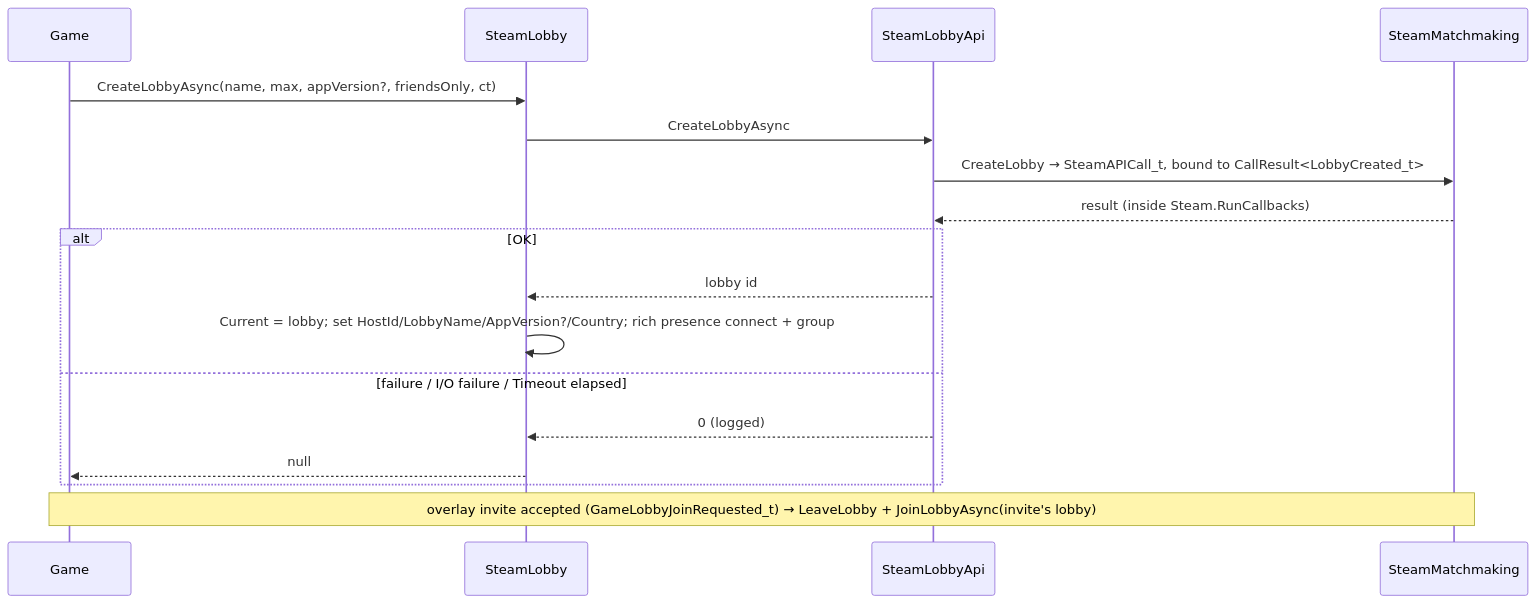
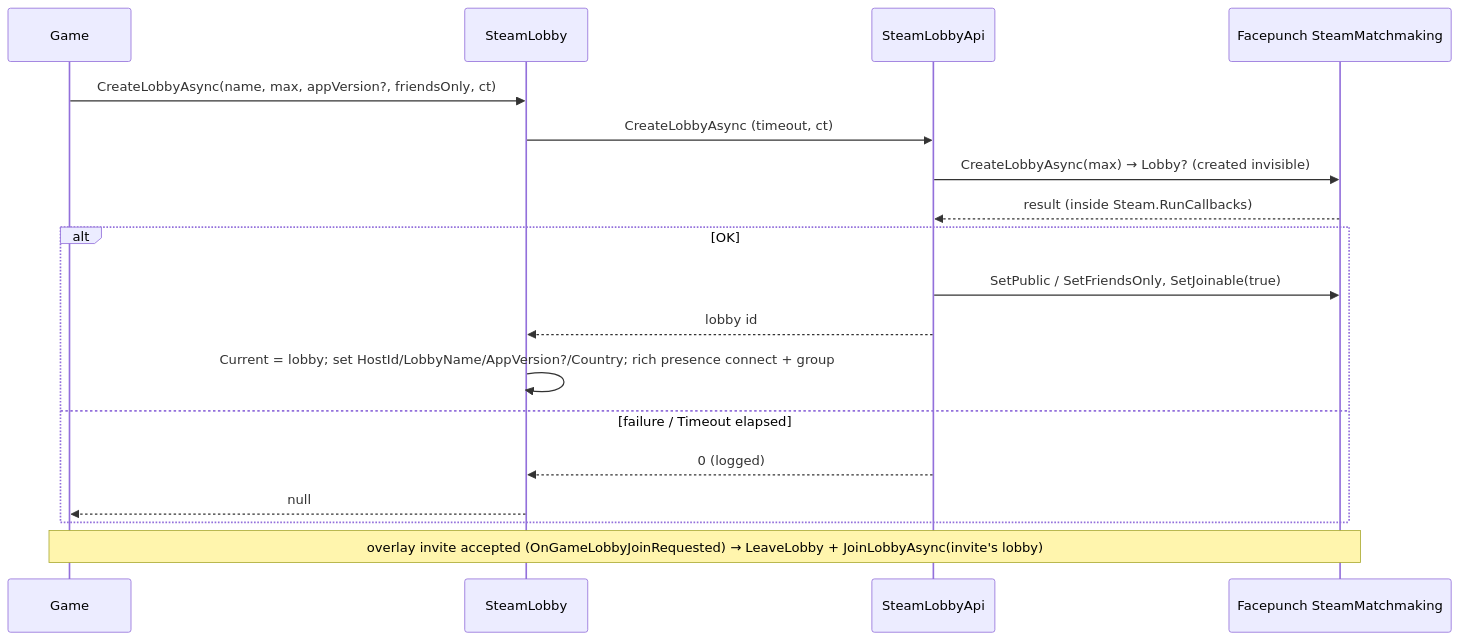
The second of 2 diagrams in docs/design/steamworks.md (Mainframe-Games/mainframe-engine), drawn with Mermaid before and after one commit. The commit also changed other lines of this file and 51 other files, not shown here.

First line of the commit message:
Steam on Windows/macOS/Linux via Facepunch.Steamworks; player builds from the NuGet package (#48) (#60)

````diff
--- a/docs/design/steamworks.md
+++ b/docs/design/steamworks.md
@@ -95,19 +123,20 @@
 ```mermaid
 sequenceDiagram
     participant Game
     participant L as SteamLobby
     participant API as SteamLobbyApi
-    participant SM as SteamMatchmaking
+    participant FP as Facepunch SteamMatchmaking
     Game->>L: CreateLobbyAsync(name, max, appVersion?, friendsOnly, ct)
-    L->>API: CreateLobbyAsync
-    API->>SM: CreateLobby → SteamAPICall_t, bound to CallResult<LobbyCreated_t>
-    SM-->>API: result (inside Steam.RunCallbacks)
+    L->>API: CreateLobbyAsync (timeout, ct)
+    API->>FP: CreateLobbyAsync(max) → Lobby? (created invisible)
+    FP-->>API: result (inside Steam.RunCallbacks)
     alt OK
+        API->>FP: SetPublic / SetFriendsOnly, SetJoinable(true)
         API-->>L: lobby id
         L->>L: Current = lobby#59; set HostId/LobbyName/AppVersion?/Country#59; rich presence connect + group
-    else failure / I/O failure / Timeout elapsed
+    else failure / Timeout elapsed
         API-->>L: 0 (logged)
         L-->>Game: null
     end
-    Note over Game,SM: overlay invite accepted (GameLobbyJoinRequested_t) → LeaveLobby + JoinLobbyAsync(invite's lobby)
+    Note over Game,FP: overlay invite accepted (OnGameLobbyJoinRequested) → LeaveLobby + JoinLobbyAsync(invite's lobby)
 ```
````
